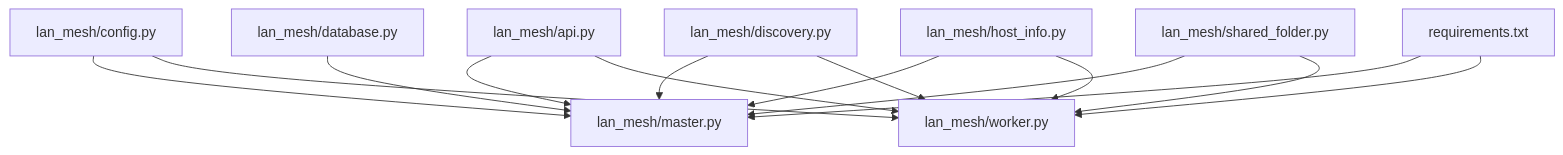
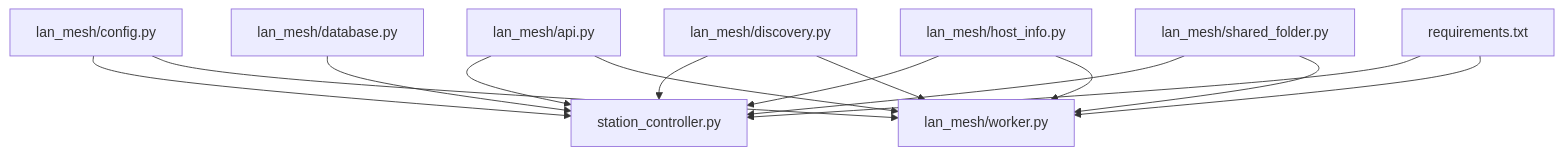
The eighth of 8 diagrams in .qoder/repowiki/zh/content/部署指南/Kubernetes 部署.md (targalian/Personal-distributed-workstation), drawn with Mermaid before and after one commit. The commit also changed other lines of this file and 63 other files, not shown here.

Commit message:
docs(station): 同步 repo wiki 至 station_controller/station_api 架构

````diff
--- a/.qoder/repowiki/zh/content/部署指南/Kubernetes 部署.md
+++ b/.qoder/repowiki/zh/content/部署指南/Kubernetes 部署.md
@@ -273,25 +273,25 @@
 ```mermaid
 graph TB
 CFG["lan_mesh/config.py"]
 API["lan_mesh/api.py"]
-MAST["lan_mesh/master.py"]
+MAST["station_controller.py"]
 WORK["lan_mesh/worker.py"]
 DISC["lan_mesh/discovery.py"]
 HOST["lan_mesh/host_info.py"]
 DB["lan_mesh/database.py"]
 SF["lan_mesh/shared_folder.py"]
 REQ["requirements.txt"]
 CFG --> MAST
 CFG --> WORK
 API --> MAST
 API --> WORK
 DISC --> MAST
 DISC --> WORK
 HOST --> MAST
 HOST --> WORK
 DB --> MAST
 SF --> MAST
 SF --> WORK
 REQ --> MAST
 REQ --> WORK
 ```
````
